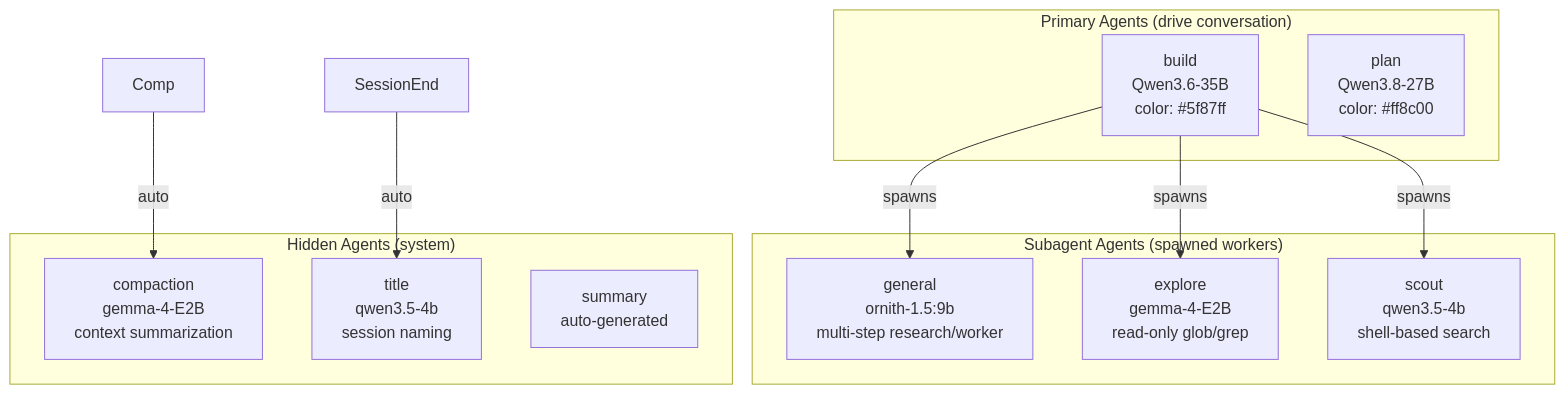
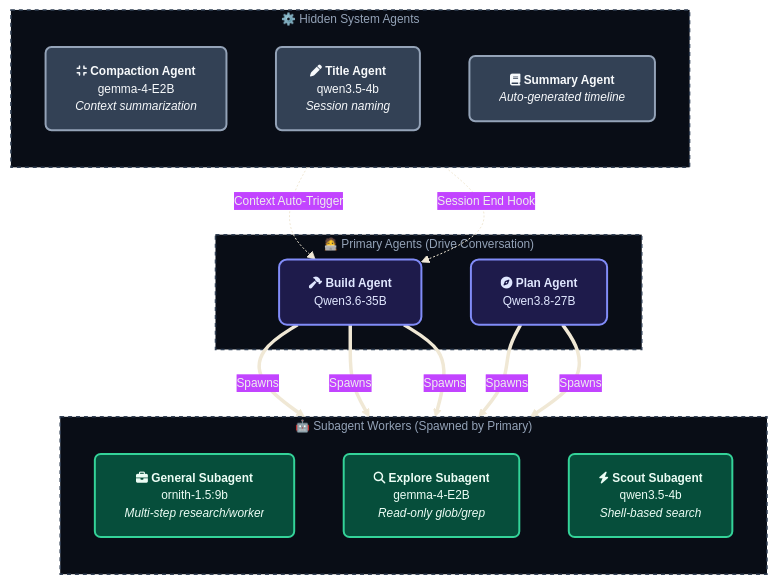
Before and after one commit to netplug-me/urban-octo-nerd: the seventh of 21 diagrams in opencode-v2-internal-flowcharts.md, drawn with Mermaid. The commit also changed other lines of this file, not shown here.

````diff
--- a/opencode-v2-internal-flowcharts.md
+++ b/opencode-v2-internal-flowcharts.md
@@ -212,25 +241,35 @@
 ```mermaid
-graph TB
-    subgraph "Primary Agents (drive conversation)"
-        Build[build<br/>Qwen3.6-35B<br/>color: #5f87ff]
-        Plan[plan<br/>Qwen3.8-27B<br/>color: #ff8c00]
+%%{init: {'theme': 'base', 'themeVariables': { 'fontFamily': 'Fira Code, monospace', 'fontSize': '12px', 'darkMode': true, 'background': '#0f172a'}}}%%
+flowchart TB
+    classDef primary fill:#1e1b4b,stroke:#818cf8,stroke-width:2px,color:#e0e7ff,rx:8px,ry:8px;
+    classDef subagent fill:#064e3b,stroke:#34d399,stroke-width:2px,color:#ecfdf5,rx:6px,ry:6px;
+    classDef system fill:#334155,stroke:#94a3b8,stroke-width:2px,color:#f8fafc,rx:6px,ry:6px;
+    classDef subStyle fill:#090d16,stroke:#334155,stroke-width:1.5px,stroke-dasharray: 4 4,color:#94a3b8;
+
+    subgraph PRIMARY[" 🧑‍💻 Primary Agents (Drive Conversation) "]
+        Build["fa:fa-hammer <b>Build Agent</b><br/>Qwen3.6-35B"]:::primary
+        Plan["fa:fa-compass <b>Plan Agent</b><br/>Qwen3.8-27B"]:::primary
     end
 
-    subgraph "Subagent Agents (spawned workers)"
-        General[general<br/>ornith-1.5:9b<br/>multi-step research/worker]
-        Explore[explore<br/>gemma-4-E2B<br/>read-only glob/grep]
-        Scout[scout<br/>qwen3.5-4b<br/>shell-based search]
+    subgraph WORKERS[" 🤖 Subagent Workers (Spawned by Primary) "]
+        direction TB
+        General["fa:fa-briefcase <b>General Subagent</b><br/>ornith-1.5:9b<br/><i>Multi-step research/worker</i>"]:::subagent
+        Explore["fa:fa-magnifying-glass <b>Explore Subagent</b><br/>gemma-4-E2B<br/><i>Read-only glob/grep</i>"]:::subagent
+        Scout["fa:fa-bolt <b>Scout Subagent</b><br/>qwen3.5-4b<br/><i>Shell-based search</i>"]:::subagent
     end
 
-    subgraph "Hidden Agents (system)"
-        Compaction[compaction<br/>gemma-4-E2B<br/>context summarization]
-        Title[title<br/>qwen3.5-4b<br/>session naming]
-        Summary[summary<br/>auto-generated]
+    subgraph SYSTEM[" ⚙️ Hidden System Agents "]
+        direction TB
+        Compaction["fa:fa-compress <b>Compaction Agent</b><br/>gemma-4-E2B<br/><i>Context summarization</i>"]:::system
+        Title["fa:fa-pen <b>Title Agent</b><br/>qwen3.5-4b<br/><i>Session naming</i>"]:::system
+        Summary["fa:fa-book <b>Summary Agent</b><br/><i>Auto-generated timeline</i>"]:::system
     end
 
-    Build -->|spawns| General
-    Build -->|spawns| Explore
-    Build -->|spawns| Scout
-    Comp -->|auto| Compaction
-    SessionEnd -->|auto| Title
+    Build ==>|Spawns| General & Explore & Scout
+    Plan ==>|Spawns| Explore & Scout
+
+    Compaction -.->|Context Auto-Trigger| Build
+    Title -.->|Session End Hook| Build
+
+    class PRIMARY,WORKERS,SYSTEM subStyle;
 ```
````
